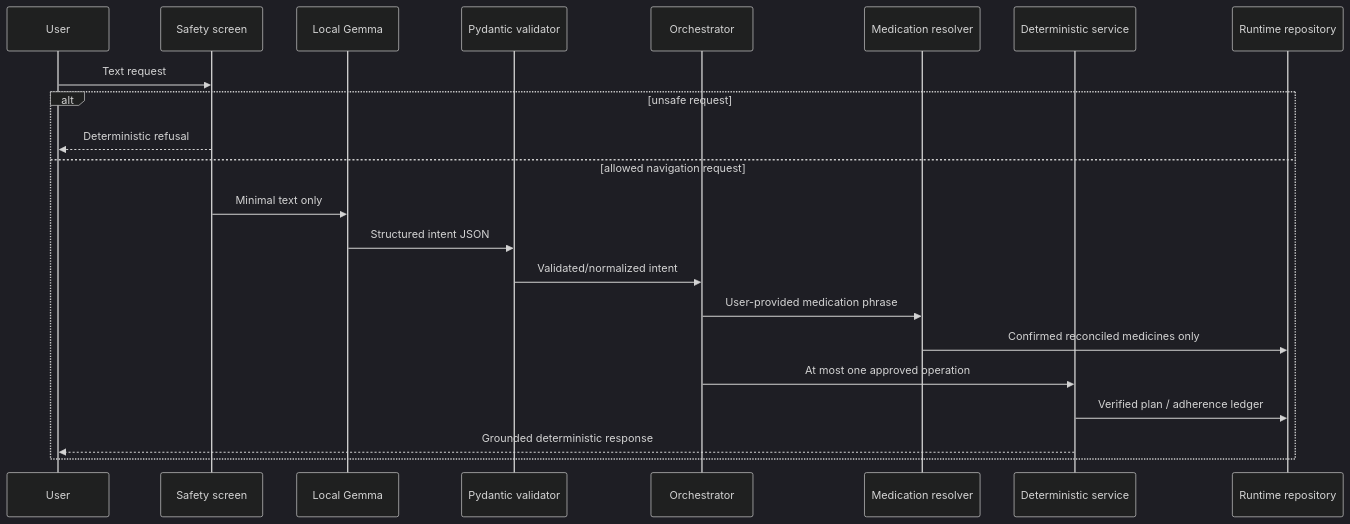
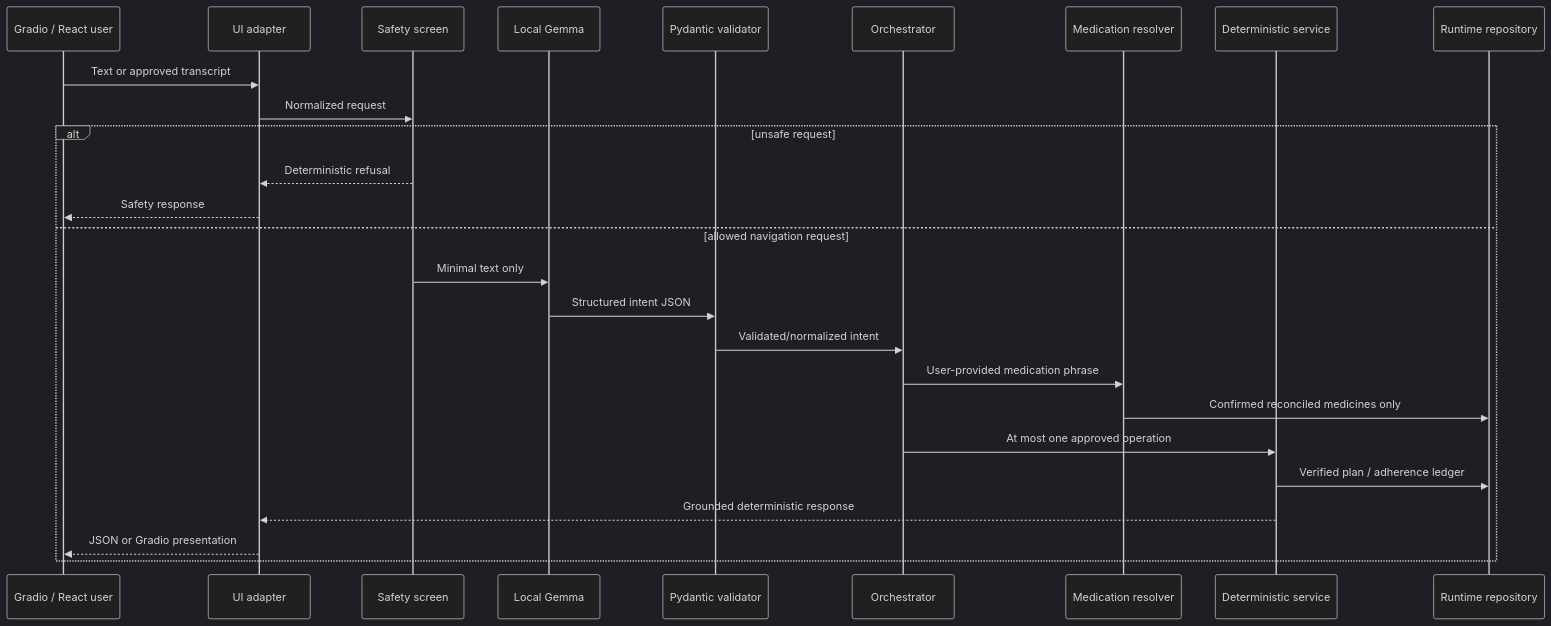
The diagram in docs/architecture.md (akshayatam/medicopilot), drawn with Mermaid (dark theme) before and after one commit. The commit also changed other lines of this file and 33 other files, not shown here.

````diff
--- a/docs/architecture.md
+++ b/docs/architecture.md
@@ -24,25 +27,29 @@
 ```mermaid
 sequenceDiagram
-    participant U as User
+    participant U as Gradio / React user
+    participant A as UI adapter
     participant S as Safety screen
     participant G as Local Gemma
     participant V as Pydantic validator
     participant O as Orchestrator
     participant R as Medication resolver
     participant M as Deterministic service
     participant P as Runtime repository
 
-    U->>S: Text request
+    U->>A: Text or approved transcript
+    A->>S: Normalized request
     alt unsafe request
-        S-->>U: Deterministic refusal
+        S-->>A: Deterministic refusal
+        A-->>U: Safety response
     else allowed navigation request
         S->>G: Minimal text only
         G->>V: Structured intent JSON
         V->>O: Validated/normalized intent
         O->>R: User-provided medication phrase
         R->>P: Confirmed reconciled medicines only
         O->>M: At most one approved operation
         M->>P: Verified plan / adherence ledger
-        M-->>U: Grounded deterministic response
+        M-->>A: Grounded deterministic response
+        A-->>U: JSON or Gradio presentation
     end
 ```
````
